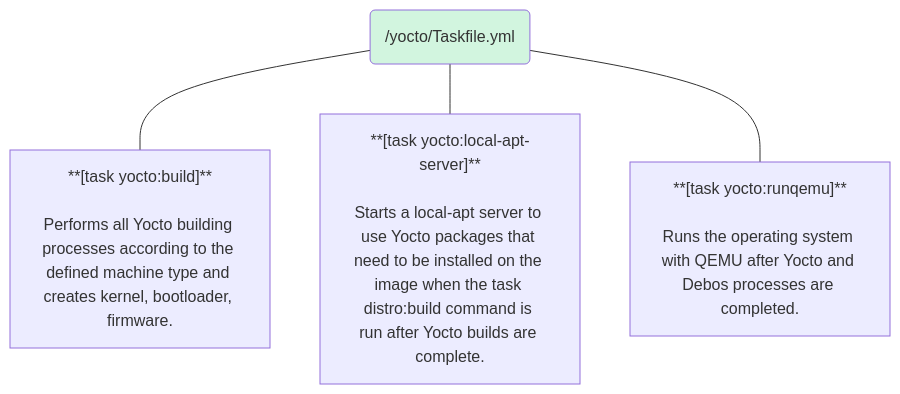
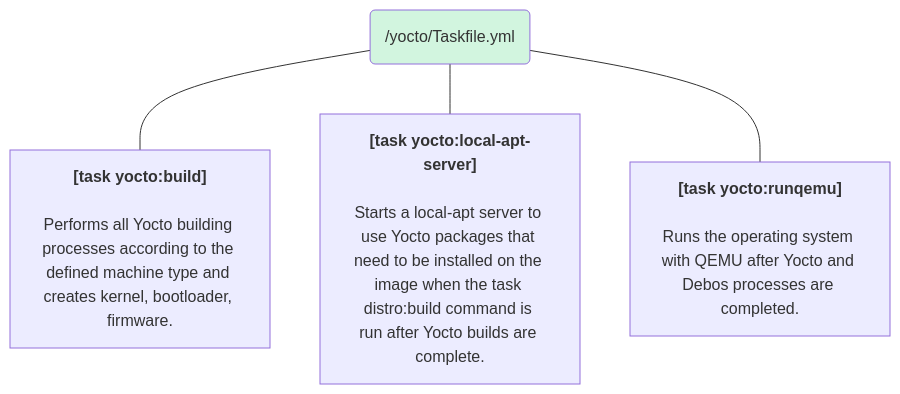
One commit to t3gemstone/docs changed the third of 4 diagrams in en/sdk/components.mdx. Above: the diagram before and after it, drawn with Mermaid. The commit also changed other lines of this file and 176 other files, not shown here.

````diff
--- a/en/sdk/components.mdx
+++ b/en/sdk/components.mdx
@@ -169,9 +169,9 @@
 ```mermaid
 flowchart
 	n1["/yocto/Taskfile.yml"]
 	style n1 fill:#D2F5DF
-	n1 --- n5["**[task yocto:build]**<br><br>Performs all Yocto building processes according to the defined machine type and creates kernel, bootloader, firmware."]
-	n1 --- n6["**[task yocto:local-apt-server]**<br><br>Starts a local-apt server to use Yocto packages that need to be installed on the image when the task distro:build command is run after Yocto builds are complete."]
-	n1 --- n7["**[task yocto:runqemu]**<br><br>Runs the operating system with QEMU after Yocto and Debos processes are completed."]
+	n1 --- n5@{ label: "**[task yocto:build]**<br><br>Performs all Yocto building processes according to the defined machine type and creates kernel, bootloader, firmware." }
+	n1 --- n6@{ label: "**[task yocto:local-apt-server]**<br><br>Starts a local-apt server to use Yocto packages that need to be installed on the image when the task distro:build command is run after Yocto builds are complete." }
+	n1 --- n7@{ label: "**[task yocto:runqemu]**<br><br>Runs the operating system with QEMU after Yocto and Debos processes are completed." }
 	n1@{ shape: "rounded", label: "/yocto/Taskfile.yml" }
 ```
````
